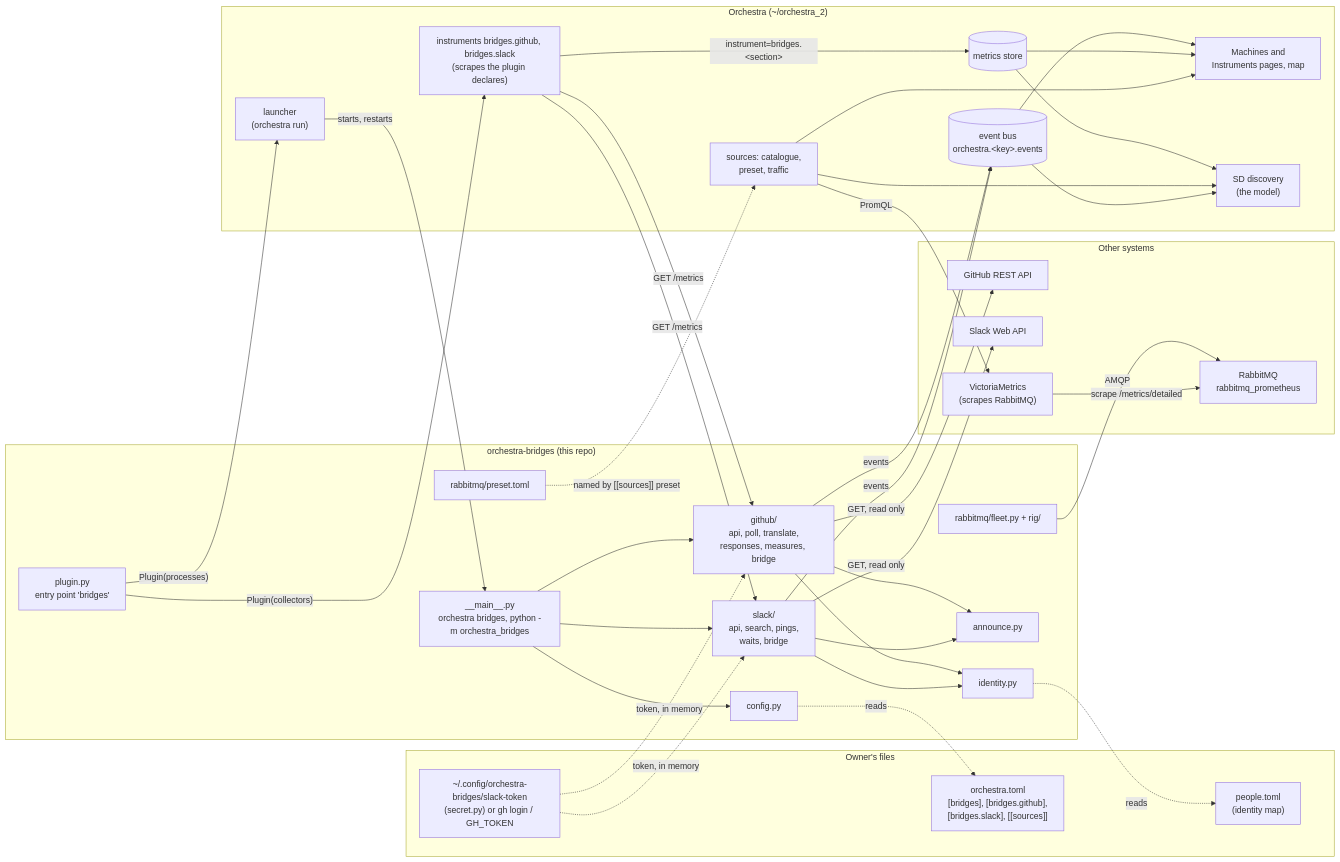
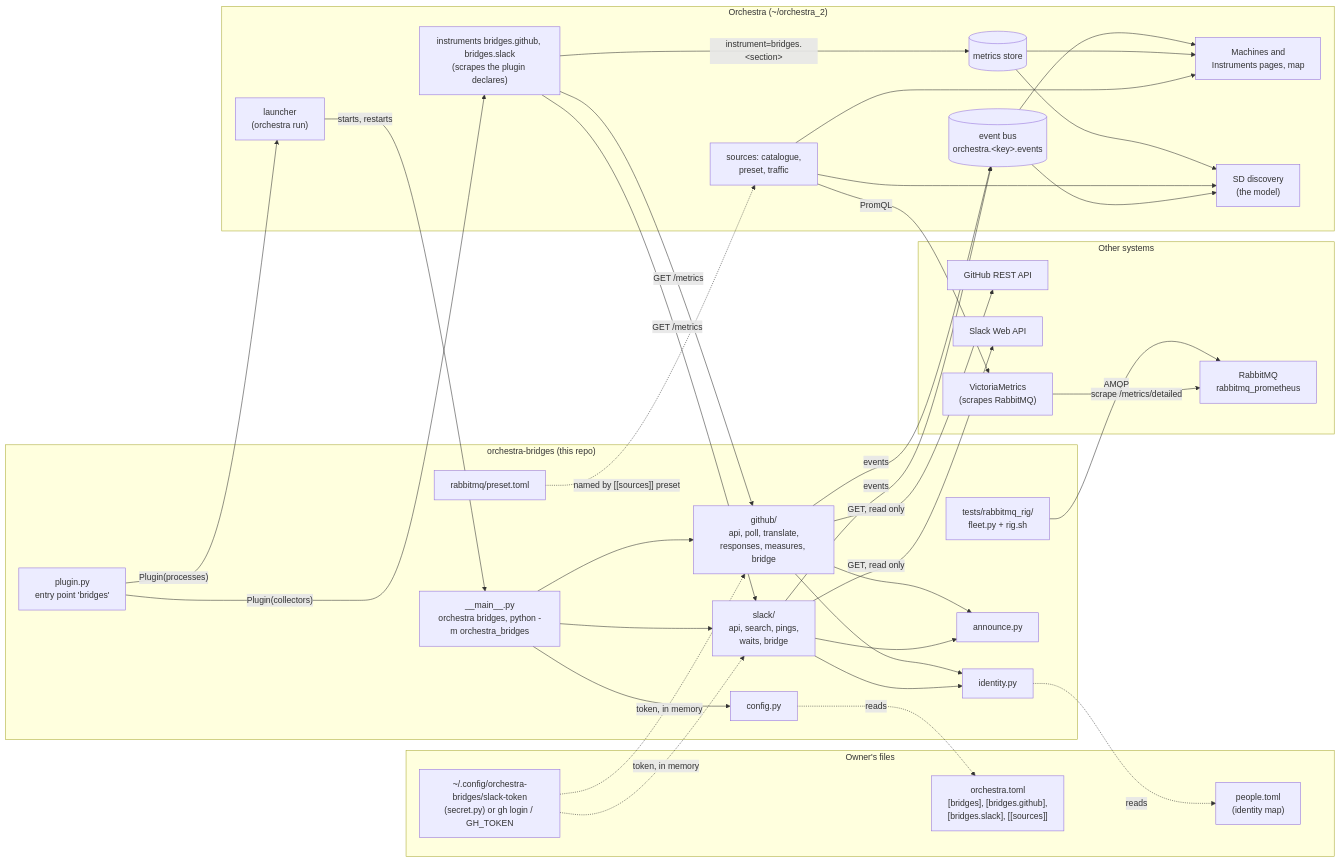
The first of 8 diagrams in ARCHITECTURE.md (danroblewis/orchestra-bridges), drawn with Mermaid before and after one commit. The commit also changed other lines of this file and 51 other files, not shown here.

````diff
--- a/ARCHITECTURE.md
+++ b/ARCHITECTURE.md
@@ -100,69 +99,69 @@
 ```mermaid
 flowchart LR
     subgraph owner["Owner's files"]
         toml["orchestra.toml<br/>[bridges], [bridges.github],<br/>[bridges.slack], [[sources]]"]
         people["people.toml<br/>(identity map)"]
         tok["~/.config/orchestra-bridges/slack-token<br/>(secret.py) or gh login / GH_TOKEN"]
     end
 
     subgraph ext["Other systems"]
         gh["GitHub REST API"]
         sl["Slack Web API"]
         rmq["RabbitMQ<br/>rabbitmq_prometheus"]
         vm["VictoriaMetrics<br/>(scrapes RabbitMQ)"]
     end
 
     subgraph pkg["orchestra-bridges (this repo)"]
         plugin["plugin.py<br/>entry point 'bridges'"]
         main["__main__.py<br/>orchestra bridges, python -m orchestra_bridges"]
         cfg["config.py"]
         ident["identity.py"]
         ann["announce.py"]
         ghb["github/<br/>api, poll, translate,<br/>responses, measures, bridge"]
         slb["slack/<br/>api, search, pings,<br/>waits, bridge"]
         preset["rabbitmq/preset.toml"]
-        fleet["rabbitmq/fleet.py + rig/"]
+        fleet["tests/rabbitmq_rig/<br/>fleet.py + rig.sh"]
     end
 
     subgraph orch["Orchestra (~/orchestra_2)"]
         launcher["launcher<br/>(orchestra run)"]
         bus[("event bus<br/>orchestra.#lt;key#gt;.events")]
         store[("metrics store")]
         scrape["instruments bridges.github, bridges.slack<br/>(scrapes the plugin declares)"]
         sources["sources: catalogue,<br/>preset, traffic"]
         ui["Machines and<br/>Instruments pages, map"]
         sd["SD discovery<br/>(the model)"]
     end
 
     plugin -- "Plugin(processes)" --> launcher
     plugin -- "Plugin(collectors)" --> scrape
     launcher -- "starts, restarts" --> main
     main --> cfg
     cfg -. reads .-> toml
     ident -. reads .-> people
     main --> ghb
     main --> slb
     ghb --> ident
     ghb --> ann
     slb --> ident
     slb --> ann
     ghb -- "GET, read only" --> gh
     slb -- "GET, read only" --> sl
     tok -. "token, in memory" .-> ghb
     tok -. "token, in memory" .-> slb
     ghb -- "events" --> bus
     slb -- "events" --> bus
     scrape -- "GET /metrics" --> ghb
     scrape -- "GET /metrics" --> slb
     scrape -- "instrument=bridges.#lt;section#gt;" --> store
     fleet -- "AMQP" --> rmq
     vm -- "scrape /metrics/detailed" --> rmq
     preset -. "named by [[sources]] preset" .-> sources
     sources -- "PromQL" --> vm
     bus --> ui
     store --> ui
     sources --> ui
     store --> sd
     sources --> sd
     bus --> sd
 ```
````
